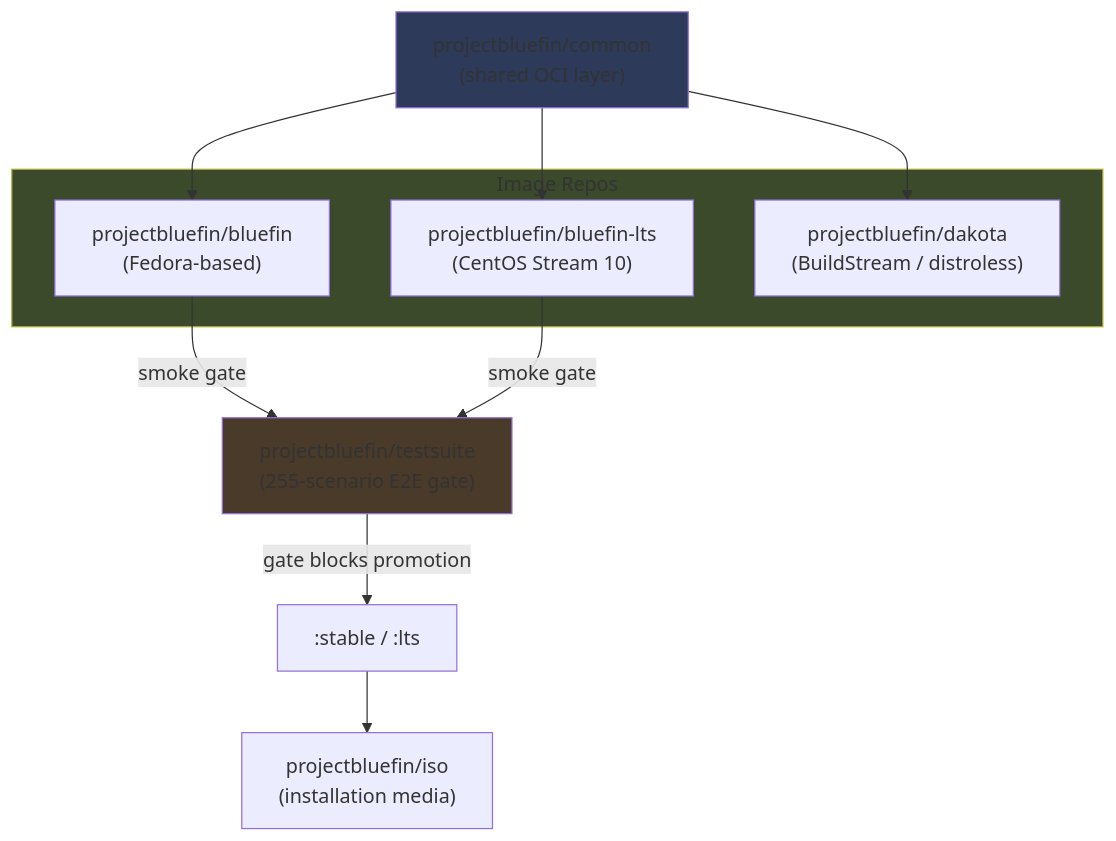
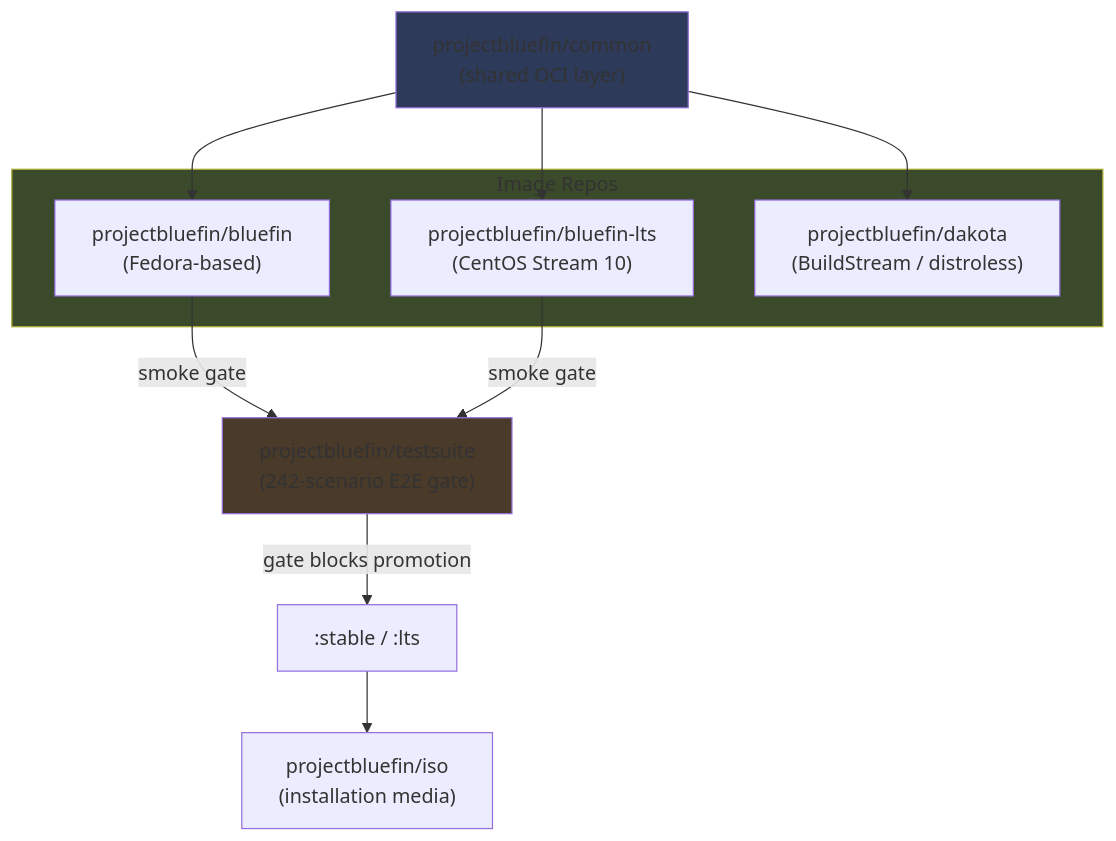
One commit to projectbluefin/documentation changed the third of 5 diagrams in docs/agentic-contributing.md. Above: the diagram before and after it, drawn with Mermaid. The commit also changed other lines of this file, not shown here.

First line of the commit message:
docs: remove flatcar suite from testsuite table, update scenario count to 242

````diff
--- a/docs/agentic-contributing.md
+++ b/docs/agentic-contributing.md
@@ -269,27 +269,27 @@
 ```mermaid
 flowchart TB
     common["projectbluefin/common\n(shared OCI layer)"]
 
     common --> bluefin
     common --> lts
     common --> dakota
 
     subgraph images["Image Repos"]
         bluefin["projectbluefin/bluefin\n(Fedora-based)"]
         lts["projectbluefin/bluefin-lts\n(CentOS Stream 10)"]
         dakota["projectbluefin/dakota\n(BuildStream / distroless)"]
     end
 
-    testsuite["projectbluefin/testsuite\n(255-scenario E2E gate)"]
+    testsuite["projectbluefin/testsuite\n(242-scenario E2E gate)"]
 
     bluefin -->|smoke gate| testsuite
     lts -->|smoke gate| testsuite
     testsuite -->|gate blocks promotion| stable[":stable / :lts"]
 
     iso["projectbluefin/iso\n(installation media)"]
     stable --> iso
 
     style common fill:#2d3a5a
     style images fill:#3a4a2a
     style testsuite fill:#4a3a2a
 ```
````
